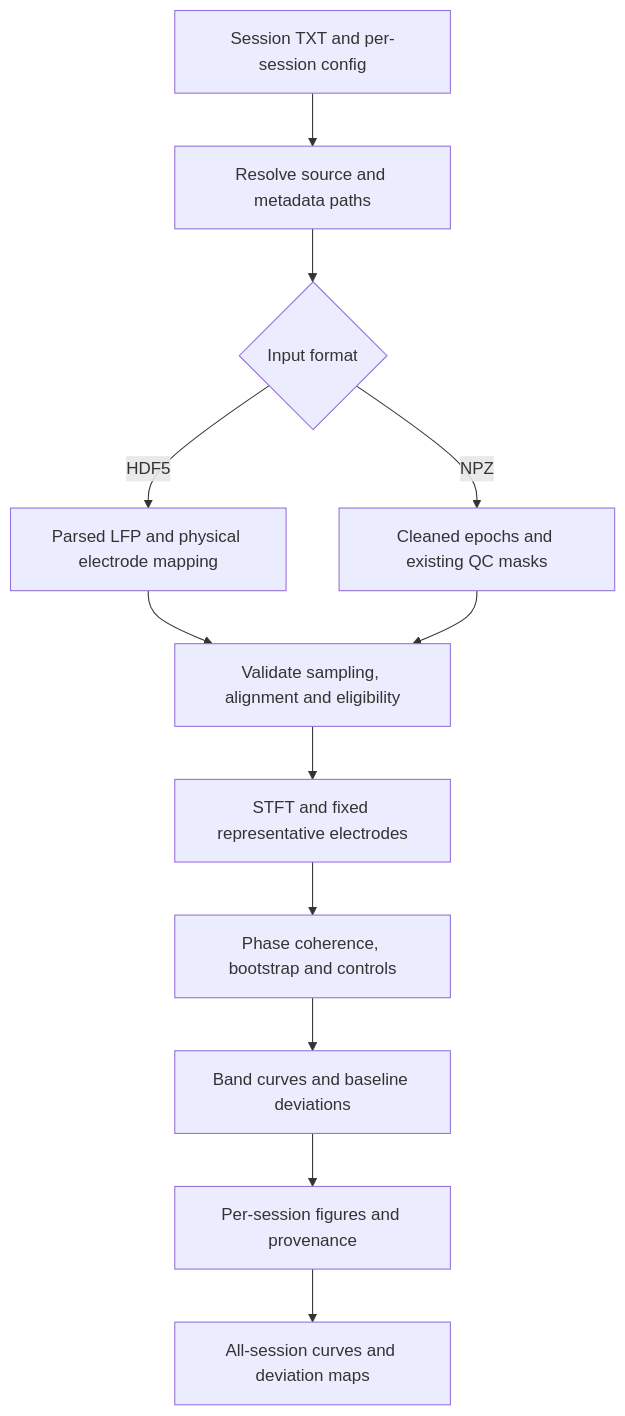
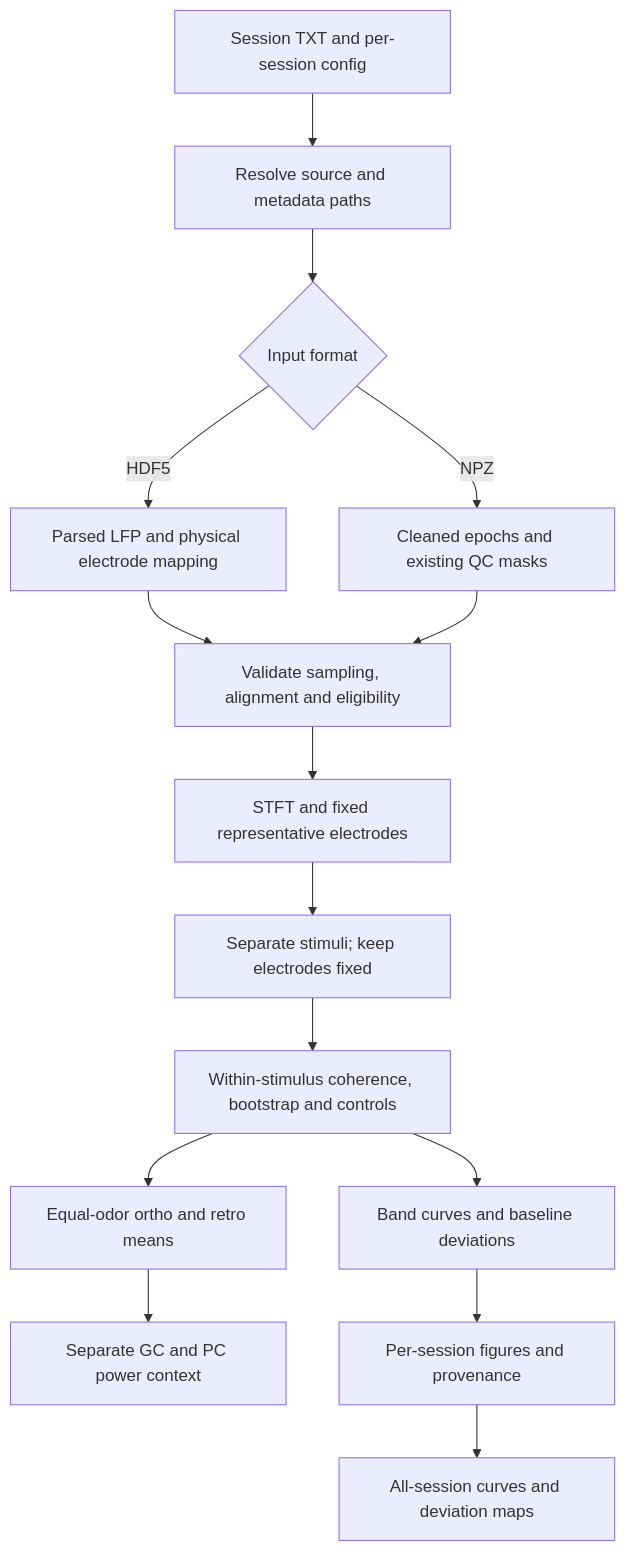
Before and after one commit to thomasrgray/intercortical-coupling: the diagram in docs/mahmood_phase_coherence.md, drawn with Mermaid. The commit also changed other lines of this file and 4 other files, not shown here.

Commit message:
Separate phase coherence and power by stimulus and odor route

````diff
--- a/docs/mahmood_phase_coherence.md
+++ b/docs/mahmood_phase_coherence.md
@@ -173,14 +215,17 @@
 ```mermaid
 flowchart TD
     list["Session TXT and per-session config"] --> resolve["Resolve source and metadata paths"]
     resolve --> inputs{"Input format"}
     inputs -->|HDF5| parsed["Parsed LFP and physical electrode mapping"]
     inputs -->|NPZ| clean["Cleaned epochs and existing QC masks"]
     parsed --> verify["Validate sampling, alignment and eligibility"]
     clean --> verify
     verify --> phase["STFT and fixed representative electrodes"]
-    phase --> controls["Phase coherence, bootstrap and controls"]
+    phase --> split["Separate stimuli; keep electrodes fixed"]
+    split --> controls["Within-stimulus coherence, bootstrap and controls"]
+    controls --> routes["Equal-odor ortho and retro means"]
+    routes --> power["Separate GC and PC power context"]
     controls --> baseline["Band curves and baseline deviations"]
     baseline --> outputs["Per-session figures and provenance"]
     outputs --> aggregate["All-session curves and deviation maps"]
 ```
````
